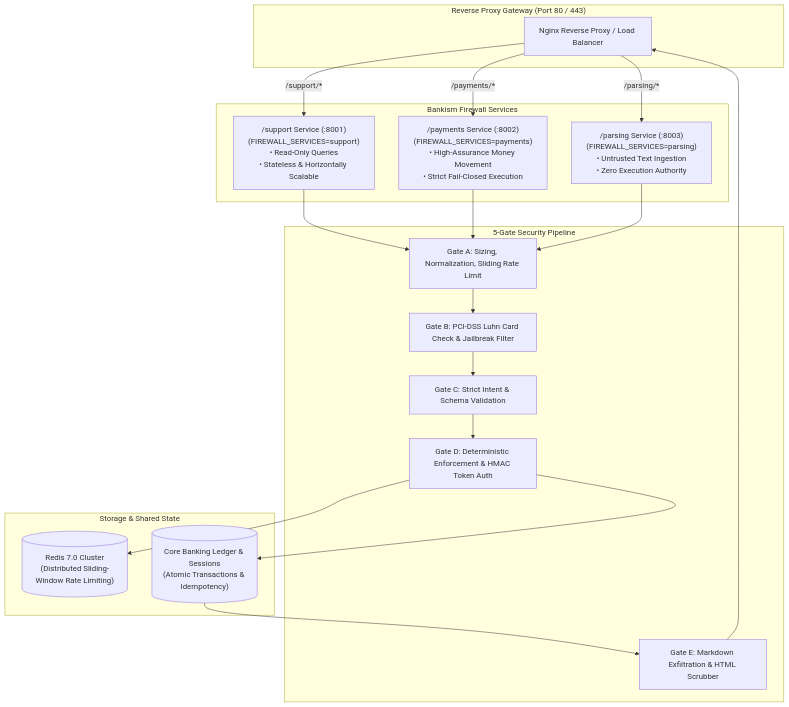
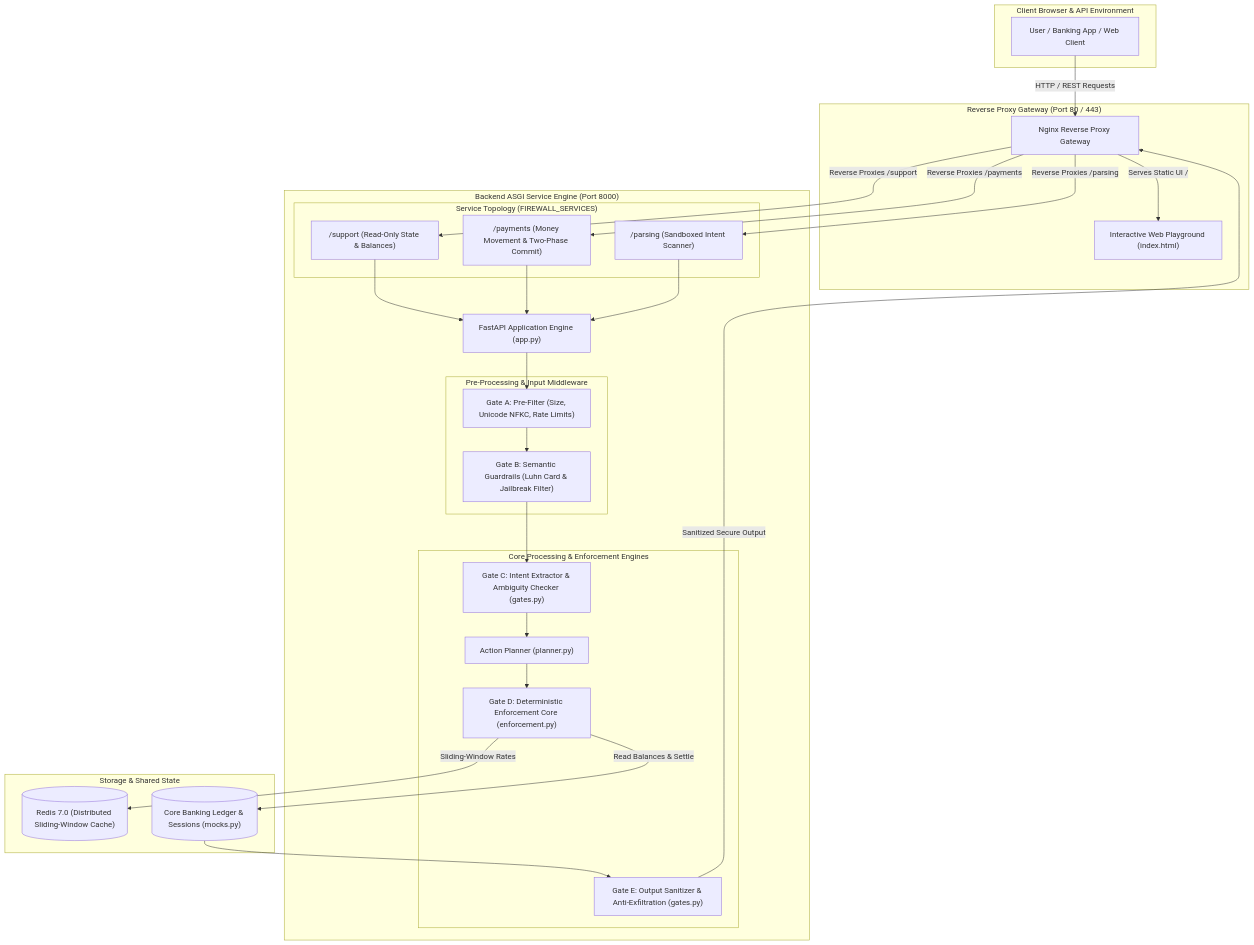
The first of 3 diagrams in README.md (srivatsan084/Bankism), drawn with Mermaid before and after one commit. The commit also changed other lines of this file, not shown here.

````diff
--- a/README.md
+++ b/README.md
@@ -112,39 +91,55 @@
 ```mermaid
 flowchart TD
-    subgraph Edge["Reverse Proxy Gateway (Port 80 / 443)"]
-        Nginx["Nginx Reverse Proxy / Load Balancer"]
+    subgraph Client["Client Browser & API Environment"]
+        User["User / Banking App / Web Client"]
     end
 
-    subgraph ServiceCluster["Bankism Firewall Services"]
-        SupportSvc["/support Service (:8001)\n(FIREWALL_SERVICES=support)\n• Read-Only Queries\n• Stateless & Horizontally Scalable"]
-        PaymentsSvc["/payments Service (:8002)\n(FIREWALL_SERVICES=payments)\n• High-Assurance Money Movement\n• Strict Fail-Closed Execution"]
-        ParsingSvc["/parsing Service (:8003)\n(FIREWALL_SERVICES=parsing)\n• Untrusted Text Ingestion\n• Zero Execution Authority"]
+    subgraph Edge["Reverse Proxy Gateway (Port 80 / 443)"]
+        Nginx["Nginx Reverse Proxy Gateway"]
+        WebUI["Interactive Web Playground (index.html)"]
     end
 
-    subgraph DefenseGates["5-Gate Security Pipeline"]
-        GA["Gate A: Sizing, Normalization, Sliding Rate Limit"]
-        GB["Gate B: PCI-DSS Luhn Card Check & Jailbreak Filter"]
-        GC["Gate C: Strict Intent & Schema Validation"]
-        GD["Gate D: Deterministic Enforcement & HMAC Token Auth"]
-        GE["Gate E: Markdown Exfiltration & HTML Scrubber"]
+    subgraph Application["Backend ASGI Service Engine (Port 8000)"]
+        FastAPI["FastAPI Application Engine (app.py)"]
+        
+        subgraph Security["Pre-Processing & Input Middleware"]
+            GateA["Gate A: Pre-Filter (Size, Unicode NFKC, Rate Limits)"]
+            GateB["Gate B: Semantic Guardrails (Luhn Card & Jailbreak Filter)"]
+        end
+
+        subgraph CoreEngines["Core Processing & Enforcement Engines"]
+            GateC["Gate C: Intent Extractor & Ambiguity Checker (gates.py)"]
+            Planner["Action Planner (planner.py)"]
+            GateD["Gate D: Deterministic Enforcement Core (enforcement.py)"]
+            GateE["Gate E: Output Sanitizer & Anti-Exfiltration (gates.py)"]
+        end
+
+        subgraph ServiceDecomposition["Service Topology (FIREWALL_SERVICES)"]
+            SupportSvc["/support (Read-Only State & Balances)"]
+            PaymentsSvc["/payments (Money Movement & Two-Phase Commit)"]
+            ParsingSvc["/parsing (Sandboxed Intent Scanner)"]
+        end
     end
 
     subgraph Persistence["Storage & Shared State"]
-        Redis[("Redis 7.0 Cluster\n(Distributed Sliding-Window Rate Limiting)")]
-        Ledger[("Core Banking Ledger & Sessions\n(Atomic Transactions & Idempotency)")]
+        Redis[("Redis 7.0 (Distributed Sliding-Window Cache)")]
+        Ledger[("Core Banking Ledger & Sessions (mocks.py)")]
     end
 
-    Nginx -->|/support/*| SupportSvc
-    Nginx -->|/payments/*| PaymentsSvc
-    Nginx -->|/parsing/*| ParsingSvc
+    User -->|HTTP / REST Requests| Nginx
+    Nginx -->|Serves Static UI /| WebUI
+    Nginx -->|Reverse Proxies /support| SupportSvc
+    Nginx -->|Reverse Proxies /payments| PaymentsSvc
+    Nginx -->|Reverse Proxies /parsing| ParsingSvc
 
-    SupportSvc --> GA
-    PaymentsSvc --> GA
-    ParsingSvc --> GA
+    SupportSvc --> FastAPI
+    PaymentsSvc --> FastAPI
+    ParsingSvc --> FastAPI
 
-    GA --> GB --> GC --> GD
-    GD --> Ledger
-    GD --> Redis
-    Ledger --> GE
-    GE --> Nginx
+    FastAPI --> GateA --> GateB --> GateC
+    GateC --> Planner --> GateD
+    GateD -->|Read Balances & Settle| Ledger
+    GateD -->|Sliding-Window Rates| Redis
+    Ledger --> GateE
+    GateE -->|Sanitized Secure Output| Nginx
 ```
````
